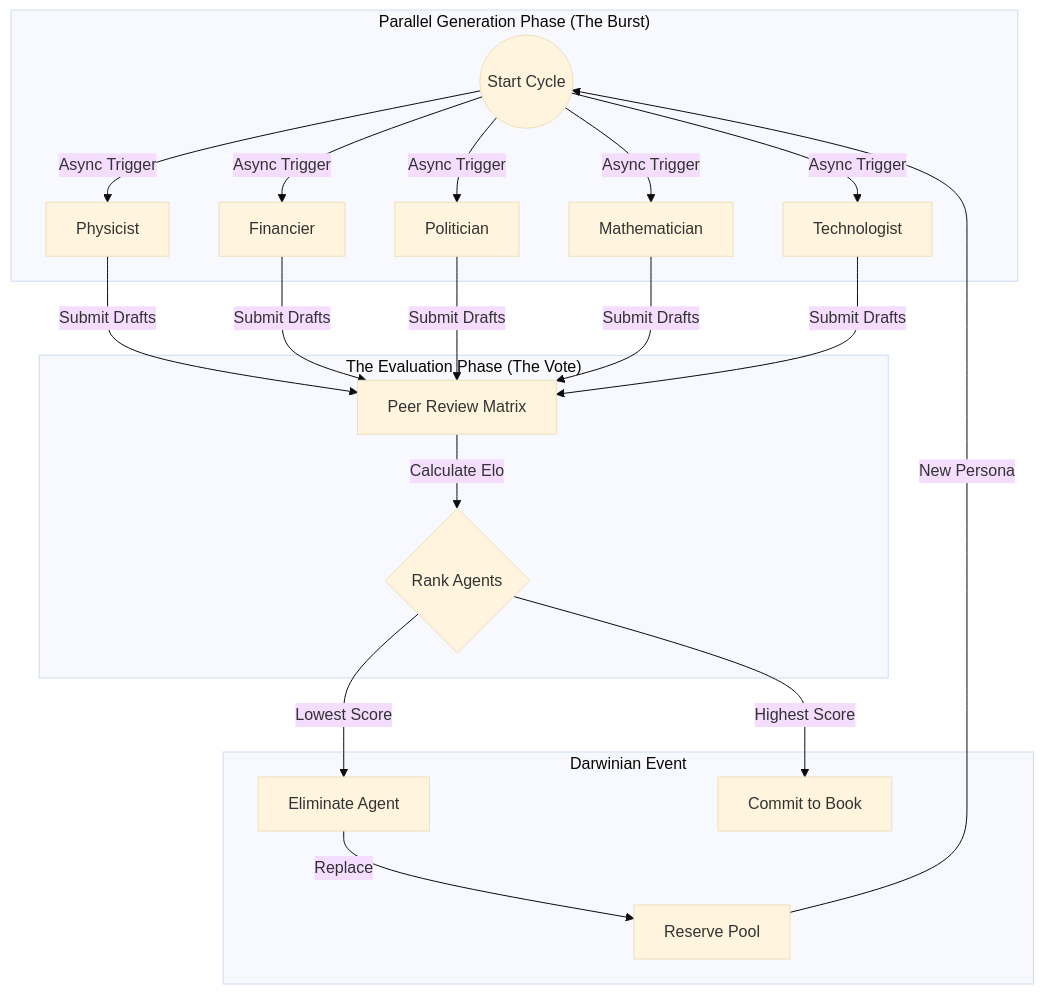
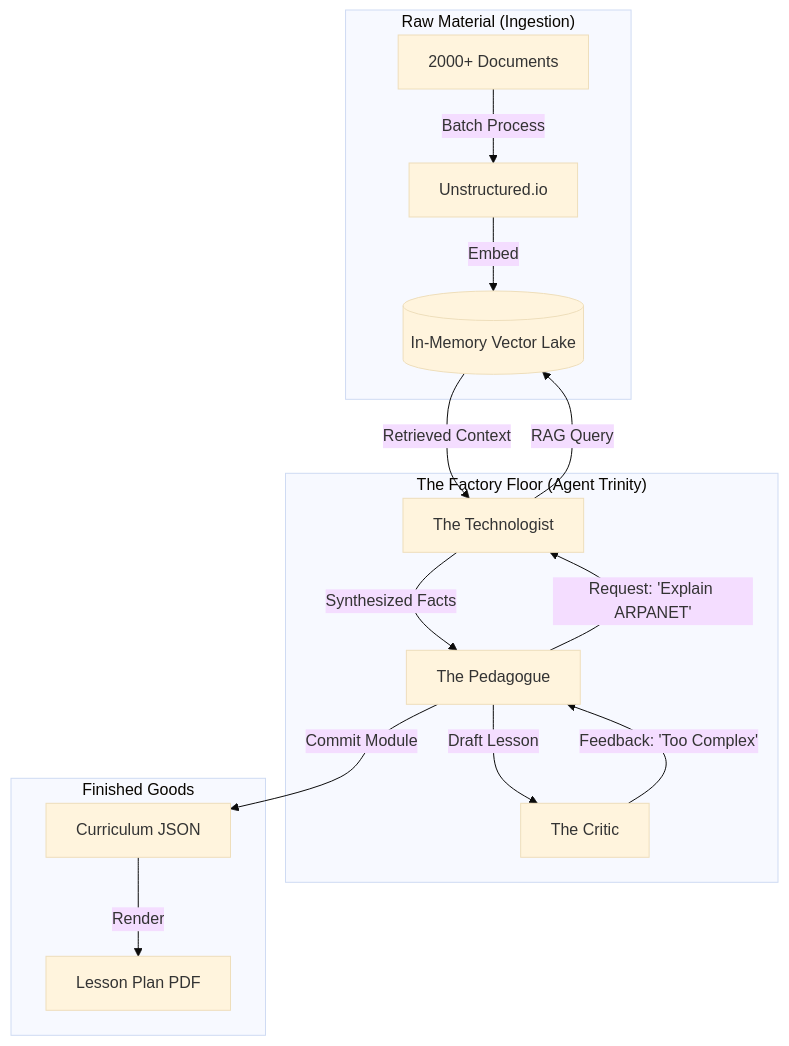
One commit to xlp0/PrologueOfSpacetime changed the diagram in docs/workflows/execution_strategy.md. Above: the diagram before and after it, drawn with Mermaid (base theme). The commit also changed other lines of this file and 1 other file, not shown here.

Commit message:
Refactor: Switch to Brain Factory Curriculum architecture

````diff
--- a/docs/workflows/execution_strategy.md
+++ b/docs/workflows/execution_strategy.md
@@ -24,22 +24,21 @@
 ```mermaid
 graph TD
-    subgraph "Parallel Generation Phase (The Burst)"
-        Start((Start Cycle)) -->|Async Trigger| P1[Physicist]
-        Start -->|Async Trigger| P2[Financier]
-        Start -->|Async Trigger| P3[Politician]
-        Start -->|Async Trigger| P4[Mathematician]
-        Start -->|Async Trigger| P5[Technologist]
+    subgraph "Raw Material (Ingestion)"
+        Docs[2000+ Documents] -->|Batch Process| Chunker[Unstructured.io]
+        Chunker -->|Embed| VectorRAM[(In-Memory Vector Lake)]
     end
 
-    subgraph "The Evaluation Phase (The Vote)"
-        P1 & P2 & P3 & P4 & P5 -->|Submit Drafts| VotingEngine[Peer Review Matrix]
-        VotingEngine -->|Calculate Elo| Rankings{Rank Agents}
+    subgraph "The Factory Floor (Agent Trinity)"
+        Pedagogue[The Pedagogue] -->|Request: 'Explain ARPANET'| Technologist[The Technologist]
+        Technologist -->|RAG Query| VectorRAM
+        VectorRAM -->|Retrieved Context| Technologist
+        Technologist -->|Synthesized Facts| Pedagogue
+        Pedagogue -->|Draft Lesson| Critic[The Critic]
+        Critic -->|Feedback: 'Too Complex'| Pedagogue
     end
 
-    subgraph "Darwinian Event"
-        Rankings -->|Lowest Score| Eliminated[Eliminate Agent]
-        Rankings -->|Highest Score| Winner[Commit to Book]
-        Eliminated -->|Replace| Reserve[Reserve Pool]
-        Reserve -->|New Persona| Start
+    subgraph "Finished Goods"
+        Pedagogue -->|Commit Module| Output[Curriculum JSON]
+        Output -->|Render| PDF[Lesson Plan PDF]
     end
 ```
````
